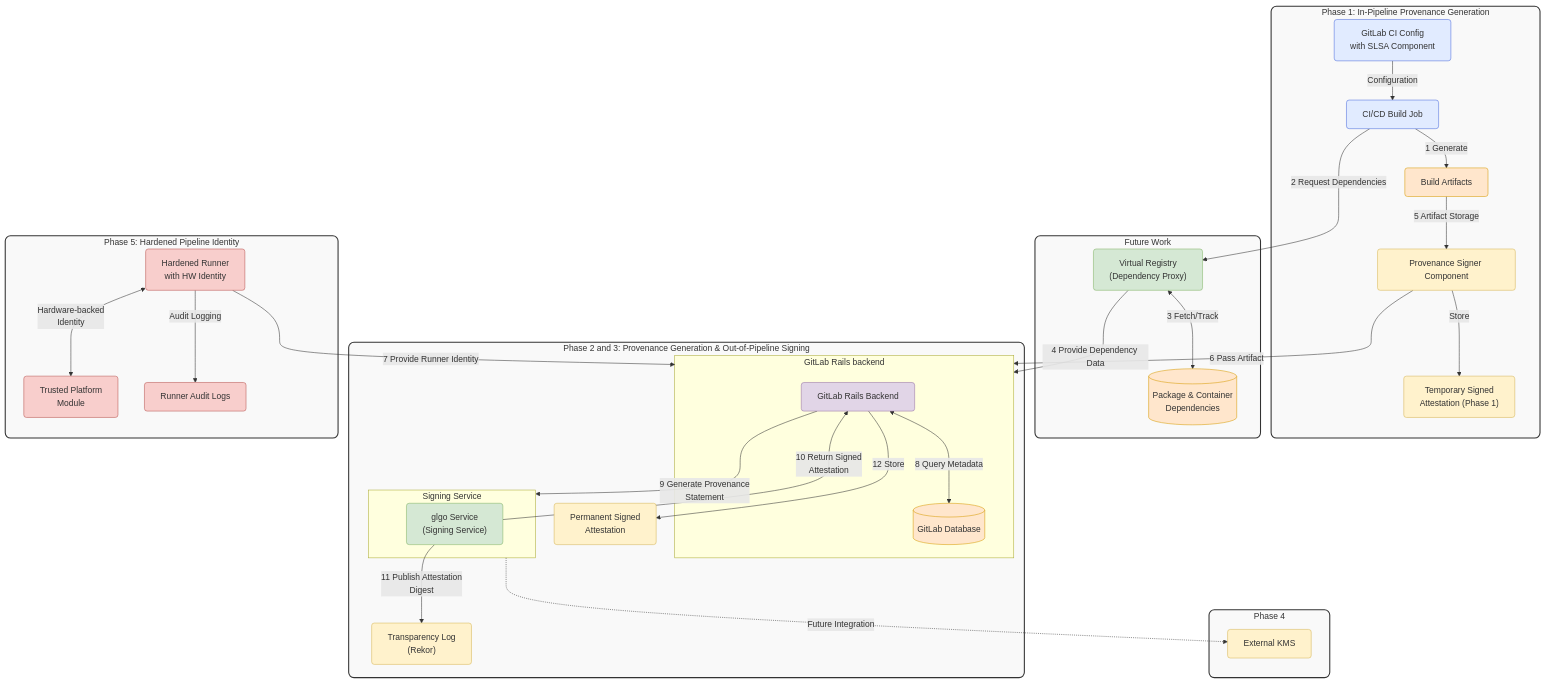
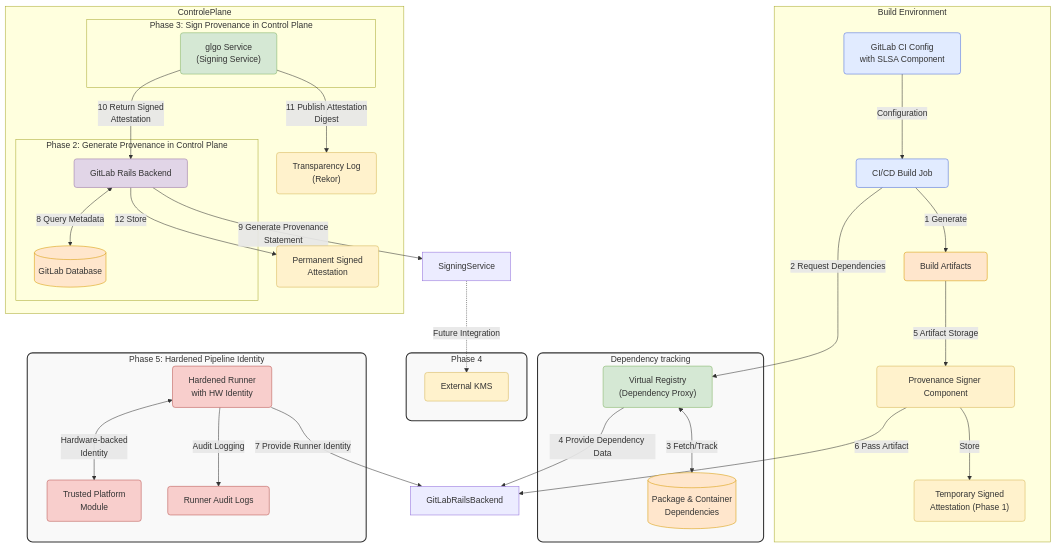
Before and after one commit to zalyoung/gitlab-handbook: the diagram in content/handbook/engineering/architecture/design-documents/slsa_level_3/_index.md, drawn with Mermaid.

Commit message:
Apply 5 suggestion(s) to 1 file(s)

````diff
--- a/content/handbook/engineering/architecture/design-documents/slsa_level_3/_index.md
+++ b/content/handbook/engineering/architecture/design-documents/slsa_level_3/_index.md
@@ -75,72 +75,72 @@
 ```mermaid
 flowchart TD
     %% Define styles for improved visual appearance
     classDef phaseStyle fill:#f9f9f9,stroke:#333,stroke-width:2px,rx:10px,ry:10px
     classDef componentStyle fill:#e1ebff,stroke:#4b6bdc,stroke-width:1px,rx:5px,ry:5px
     classDef storageStyle fill:#ffe6cc,stroke:#d79b00,stroke-width:1px,rx:5px,ry:5px
     classDef serviceStyle fill:#d5e8d4,stroke:#82b366,stroke-width:1px,rx:5px,ry:5px
     classDef signatureStyle fill:#fff2cc,stroke:#d6b656,stroke-width:1px,rx:5px,ry:5px
     classDef securityStyle fill:#f8cecc,stroke:#b85450,stroke-width:1px,rx:5px,ry:5px
     classDef controlPlaneStyle fill:#e1d5e7,stroke:#9673a6,stroke-width:1px,rx:5px,ry:5px
-    subgraph Phase1["Phase 1: In-Pipeline Provenance Generation"]
+    subgraph BuildEnvironment["Build Environment"]
         CIConfig["GitLab CI Config<br>with SLSA Component"]
         BuildJob["CI/CD Build Job"]
         Artifacts["Build Artifacts"]
         ProvenanceSigner["Provenance Signer Component"]
         TempSignedAttestation["Temporary Signed<br>Attestation (Phase 1)"]
     end
-    subgraph FutureWork["Future Work"]
+    subgraph FutureWork["Dependency tracking"]
         VirtualRegistry["Virtual Registry<br>(Dependency Proxy)"]
         Dependencies[(Package & Container<br>Dependencies)]
     end
-    subgraph Phase2and3["Phase 2 and 3: Provenance Generation & Out-of-Pipeline Signing"]
-        subgraph GitLabRailsBackend["GitLab Rails backend"]
+    subgraph ControlPlane["ControlePlane"]
+        subgraph GenerateProvenanceInControlPlane["Phase 2: Generate Provenance in Control Plane"]
             RailsBackend["GitLab Rails Backend"]
             DB[(GitLab Database)]
         end
-        subgraph SigningService["Signing Service"]
+        subgraph SignProvenanceInControlPlane["Phase 3: Sign Provenance in Control Plane"]
             GlgoService["glgo Service<br>(Signing Service)"]
         end
         Rekor["Transparency Log<br>(Rekor)"]
         PermanentAttestation["Permanent Signed<br>Attestation"]
     end
     subgraph Phase4["Phase 4"]
         ExternalKMS["External KMS"]
     end
     subgraph Phase5["Phase 5: Hardened Pipeline Identity"]
         HardenedRunner["Hardened Runner<br>with HW Identity"]
         TPM["Trusted Platform<br>Module"]
         RunnerAudit["Runner Audit Logs"]
     end
     %% Relationships between components with labeled edges
     CIConfig -->|"Configuration"| BuildJob
     BuildJob -->|"1 Generate"| Artifacts
     BuildJob -->|"2 Request Dependencies"| VirtualRegistry
     VirtualRegistry <-->|"3 Fetch/Track"| Dependencies
     
     %% Phase 1 flow for early implementation
     VirtualRegistry -->|"4 Provide Dependency Data"| GitLabRailsBackend
     Artifacts -->|"5 Artifact Storage"| ProvenanceSigner
     ProvenanceSigner -->|"Store"| TempSignedAttestation
     ProvenanceSigner -->|"6 Pass Artifact"| GitLabRailsBackend
     HardenedRunner -->|"7 Provide Runner Identity"| GitLabRailsBackend
     RailsBackend <-->|"8 Query Metadata"| DB
     
     RailsBackend -->|"9 Generate Provenance<br>Statement"| SigningService
     SigningService -.->|"Future Integration"| ExternalKMS
     GlgoService -->|"10 Return Signed<br>Attestation"| RailsBackend
     GlgoService -->|"11 Publish Attestation<br>Digest"| Rekor
     RailsBackend -->|"12 Store"| PermanentAttestation
     
     %% Phase 5 hardening
     HardenedRunner <-->|"Hardware-backed<br>Identity"| TPM
     HardenedRunner -->|"Audit Logging"| RunnerAudit
     %% Apply styles
     class Phase1,Phase2and3,Phase4,Phase5,FutureWork phaseStyle
     class CIConfig,BuildJob componentStyle
     class Artifacts,DB,Dependencies storageStyle
     class VirtualRegistry,GlgoService serviceStyle
     class ProvenanceSigner,TempSignedAttestation,PermanentAttestation,Rekor,ExternalKMS signatureStyle
     class HardenedRunner,TPM,RunnerAudit securityStyle
     class RTCP,SSTCP,RailsBackend controlPlaneStyle
 ```
````
